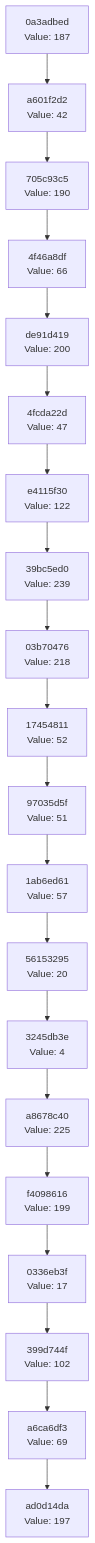
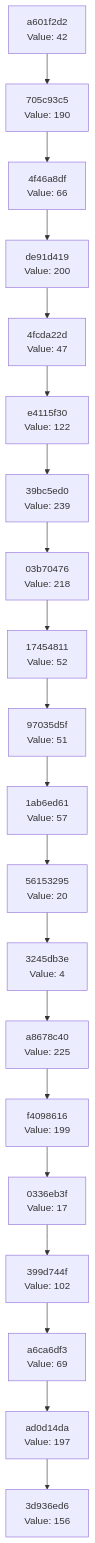
One commit to Abhisheksinha1506/hash-chain-evolver changed the diagram in docs/CHAIN_VISUALIZATION.md. Above: the diagram before and after it, drawn with Mermaid. The commit also changed 3 other files, not shown here.

````diff
--- a/docs/CHAIN_VISUALIZATION.md
+++ b/docs/CHAIN_VISUALIZATION.md
@@ -3,42 +3,42 @@
 ```mermaid
 graph TD
-    C0["ad0d14da<br/>Value: 197"]
-    C1["a6ca6df3<br/>Value: 69"]
+    C0["3d936ed6<br/>Value: 156"]
+    C1["ad0d14da<br/>Value: 197"]
     C1 --> C0
-    C2["399d744f<br/>Value: 102"]
+    C2["a6ca6df3<br/>Value: 69"]
     C2 --> C1
-    C3["0336eb3f<br/>Value: 17"]
+    C3["399d744f<br/>Value: 102"]
     C3 --> C2
-    C4["f4098616<br/>Value: 199"]
+    C4["0336eb3f<br/>Value: 17"]
     C4 --> C3
-    C5["a8678c40<br/>Value: 225"]
+    C5["f4098616<br/>Value: 199"]
     C5 --> C4
-    C6["3245db3e<br/>Value: 4"]
+    C6["a8678c40<br/>Value: 225"]
     C6 --> C5
-    C7["56153295<br/>Value: 20"]
+    C7["3245db3e<br/>Value: 4"]
     C7 --> C6
-    C8["1ab6ed61<br/>Value: 57"]
+    C8["56153295<br/>Value: 20"]
     C8 --> C7
-    C9["97035d5f<br/>Value: 51"]
+    C9["1ab6ed61<br/>Value: 57"]
     C9 --> C8
-    C10["17454811<br/>Value: 52"]
+    C10["97035d5f<br/>Value: 51"]
     C10 --> C9
-    C11["03b70476<br/>Value: 218"]
+    C11["17454811<br/>Value: 52"]
     C11 --> C10
-    C12["39bc5ed0<br/>Value: 239"]
+    C12["03b70476<br/>Value: 218"]
     C12 --> C11
-    C13["e4115f30<br/>Value: 122"]
+    C13["39bc5ed0<br/>Value: 239"]
     C13 --> C12
-    C14["4fcda22d<br/>Value: 47"]
+    C14["e4115f30<br/>Value: 122"]
     C14 --> C13
-    C15["de91d419<br/>Value: 200"]
+    C15["4fcda22d<br/>Value: 47"]
     C15 --> C14
-    C16["4f46a8df<br/>Value: 66"]
+    C16["de91d419<br/>Value: 200"]
     C16 --> C15
-    C17["705c93c5<br/>Value: 190"]
+    C17["4f46a8df<br/>Value: 66"]
     C17 --> C16
-    C18["a601f2d2<br/>Value: 42"]
+    C18["705c93c5<br/>Value: 190"]
     C18 --> C17
-    C19["0a3adbed<br/>Value: 187"]
+    C19["a601f2d2<br/>Value: 42"]
     C19 --> C18
 ```
````
